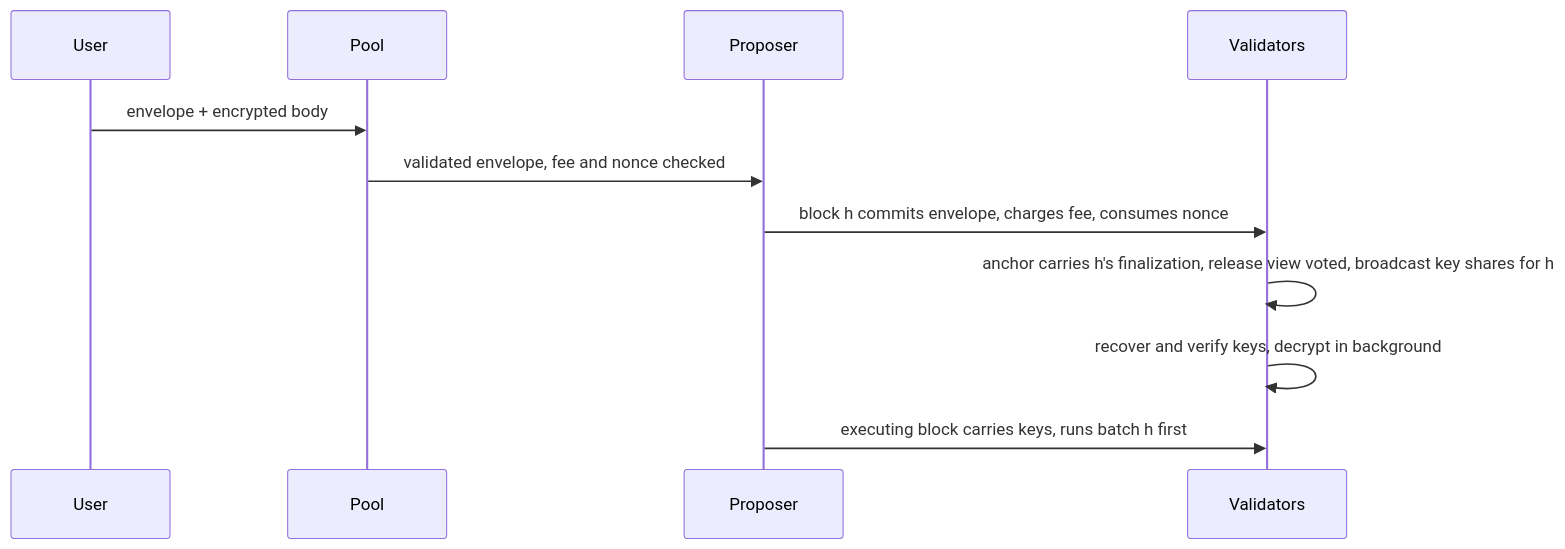
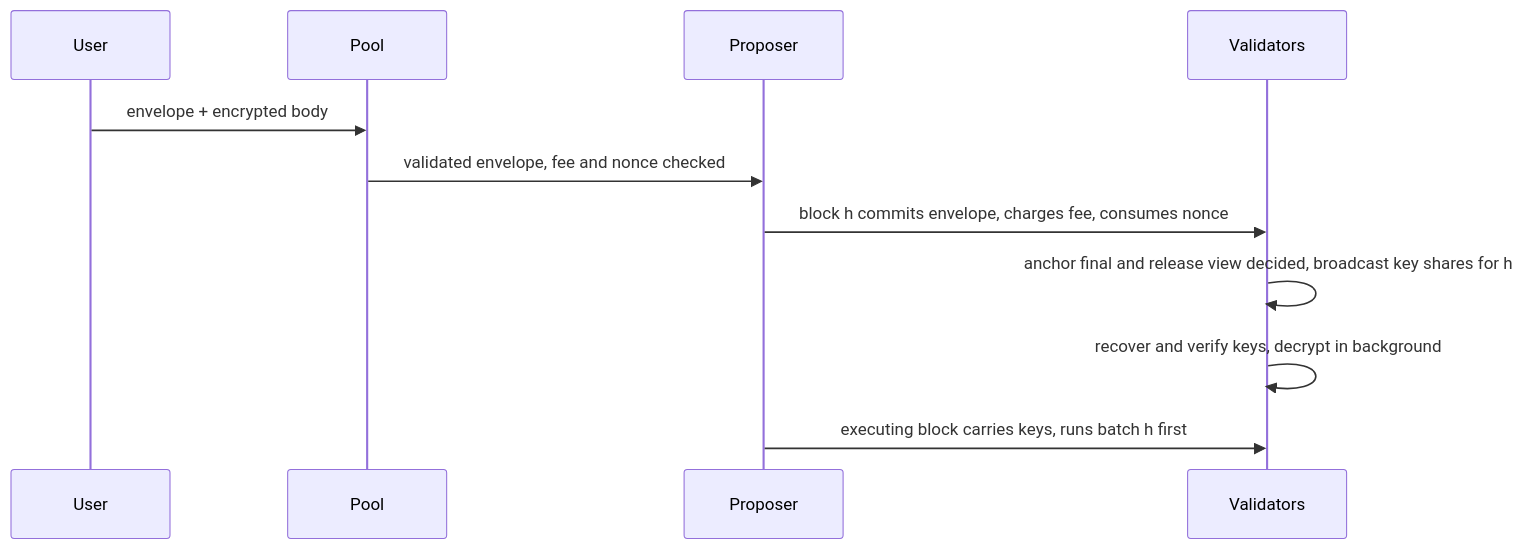
The diagram in tips/tip-1162.md (tempoxyz/tempo), drawn with Mermaid before and after one commit. The commit also changed other lines of this file, not shown here.

Commit message:
docs(tip-1162): release keys only once the anchor is final

````diff
--- a/tips/tip-1162.md
+++ b/tips/tip-1162.md
@@ -44,13 +44,13 @@
 ```mermaid
 sequenceDiagram
     participant User
     participant Pool
     participant Proposer
     participant Validators
     User->>Pool: envelope + encrypted body
     Pool->>Proposer: validated envelope, fee and nonce checked
     Proposer->>Validators: block h commits envelope, charges fee, consumes nonce
-    Validators->>Validators: anchor carries h's finalization, release view voted, broadcast key shares for h
+    Validators->>Validators: anchor final and release view decided, broadcast key shares for h
     Validators->>Validators: recover and verify keys, decrypt in background
     Proposer->>Validators: executing block carries keys, runs batch h first
 ```
````
